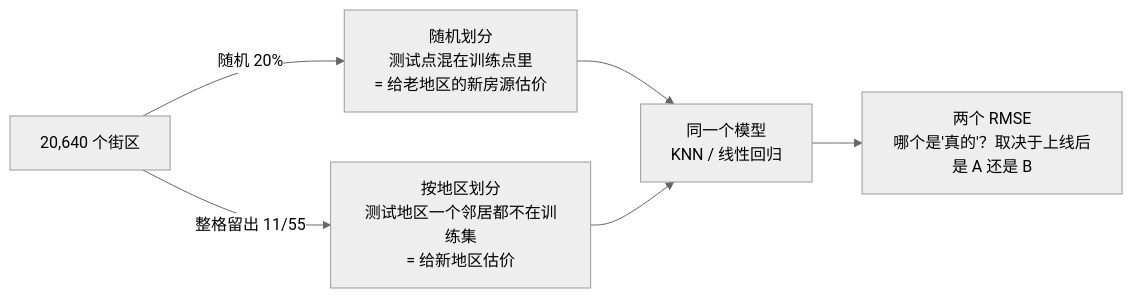
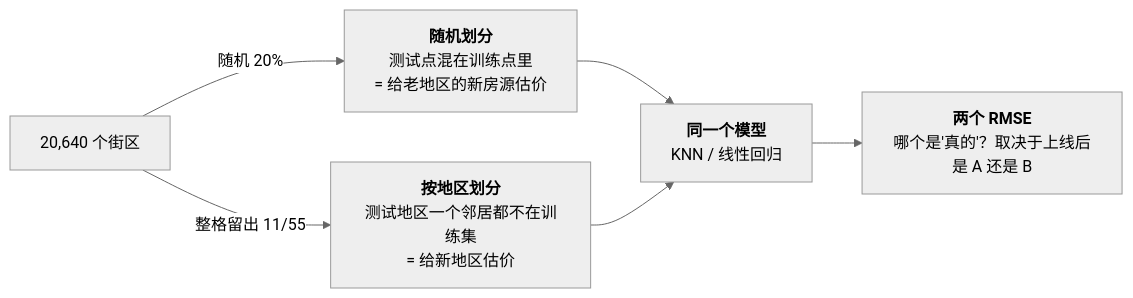
The third of 3 diagrams in _posts/2026-02-28-what-is-learning-splits-generalization-and-bias-variance.md (arganzheng/arganzheng.github.com), drawn with Mermaid (neutral theme) before and after one commit. The commit also changed other lines of this file and 8 other files, not shown here.

First line of the commit message:
LLM 时代的经典机器学习：只讲它在哪里重现：Mermaid 多行方框的首行标为标题（9 篇）

````diff
--- a/_posts/2026-02-28-what-is-learning-splits-generalization-and-bias-variance.md
+++ b/_posts/2026-02-28-what-is-learning-splits-generalization-and-bias-variance.md
@@ -556,9 +556,9 @@
 ```mermaid
 %% 图：同一批数据的两种划分——测的是两个不同的问题
 flowchart LR
-    D["20,640 个街区"] -->|随机 20%| A["随机划分<br/>测试点混在训练点里<br/>= 给老地区的新房源估价"]
-    D -->|整格留出 11/55| B["按地区划分<br/>测试地区一个邻居都不在训练集<br/>= 给新地区估价"]
-    A --> M["同一个模型<br/>KNN / 线性回归"]
+    D["20,640 个街区"] -->|随机 20%| A["<b>随机划分</b><br/>测试点混在训练点里<br/>= 给老地区的新房源估价"]
+    D -->|整格留出 11/55| B["<b>按地区划分</b><br/>测试地区一个邻居都不在训练集<br/>= 给新地区估价"]
+    A --> M["<b>同一个模型</b><br/>KNN / 线性回归"]
     B --> M
-    M --> R["两个 RMSE<br/>哪个是'真的'？取决于上线后是 A 还是 B"]
+    M --> R["<b>两个 RMSE</b><br/>哪个是'真的'？取决于上线后是 A 还是 B"]
 ```
````
